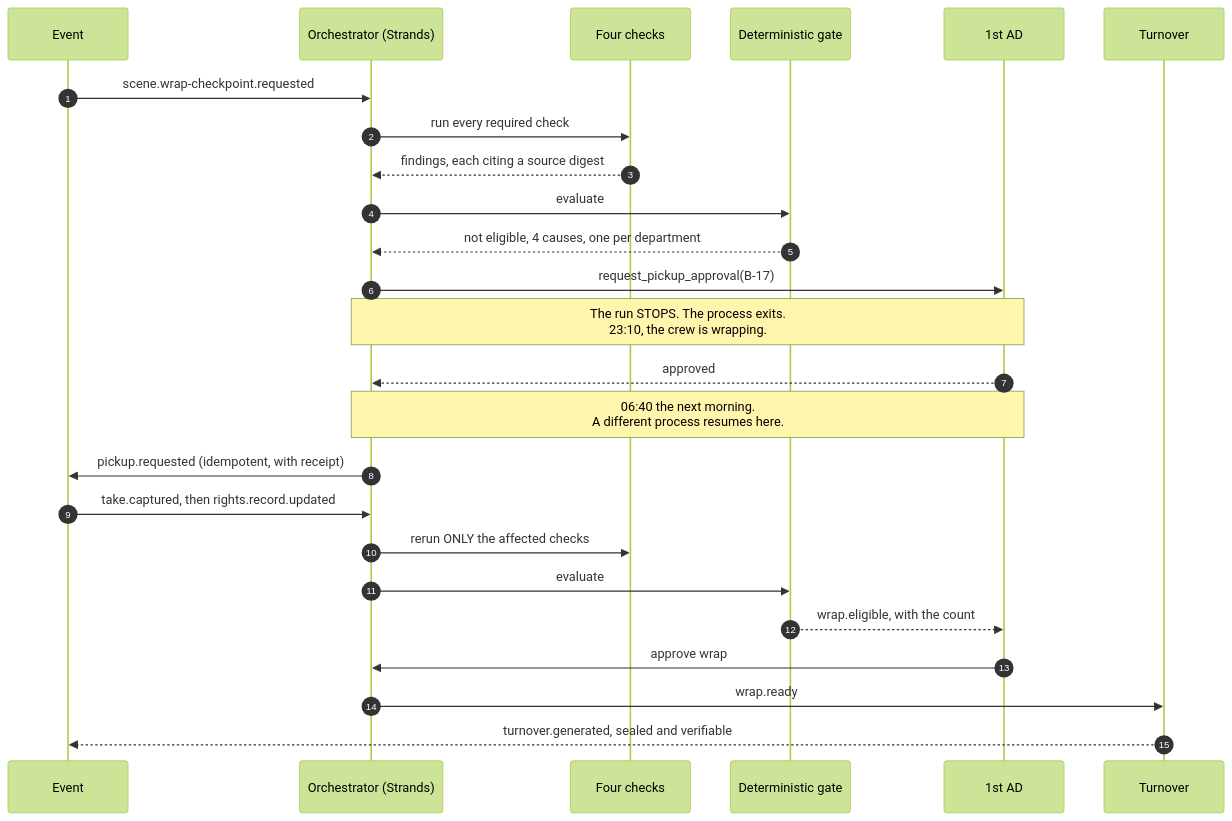
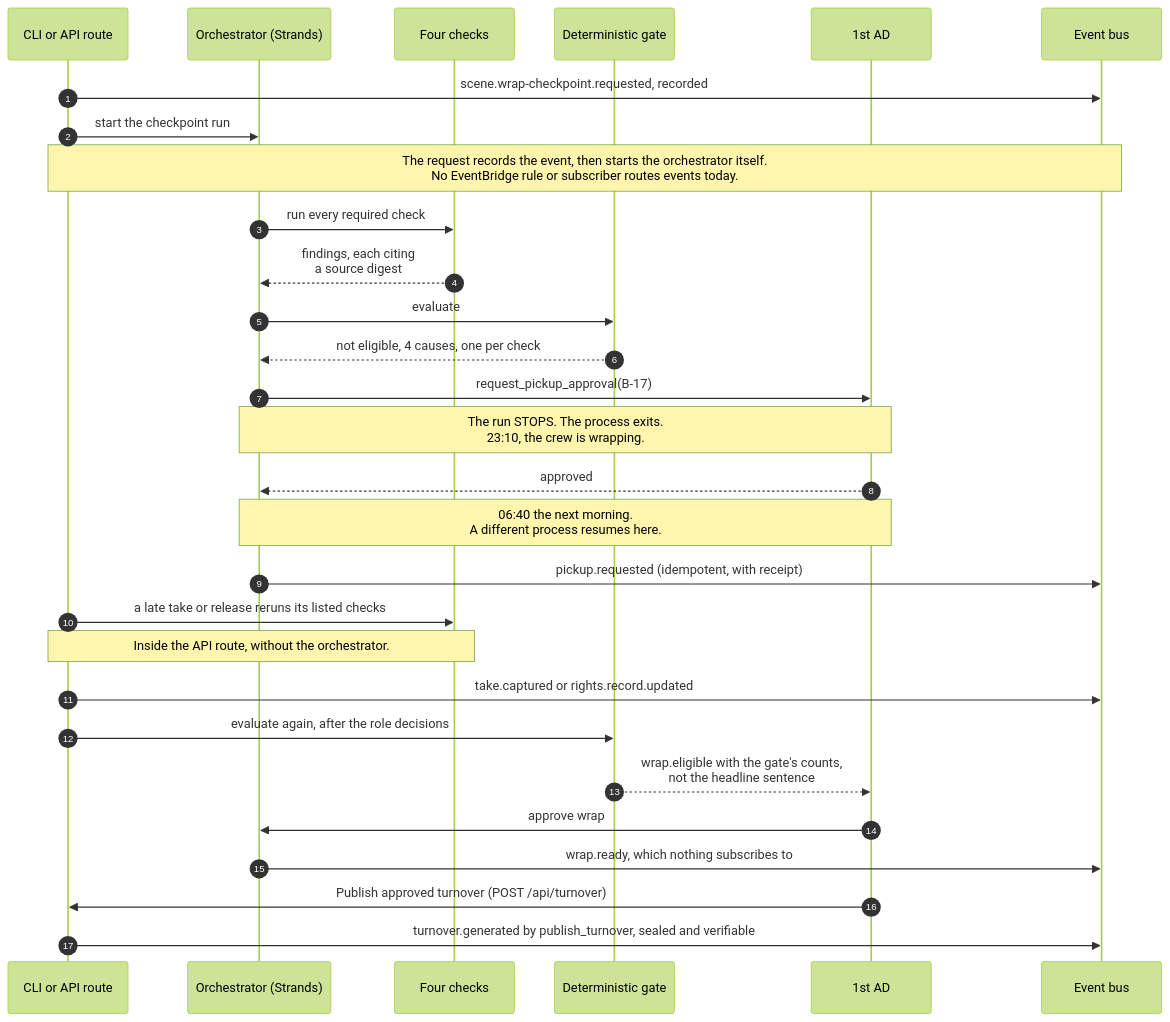
Before and after one commit to upgradedev/lasttake-aws: the first of 2 diagrams in README.md, drawn with Mermaid (forest theme). The commit also changed other lines of this file and 11 other files, not shown here.

````diff
--- a/README.md
+++ b/README.md
@@ -384,28 +48,32 @@
 ```mermaid
 sequenceDiagram
     autonumber
-    participant EV as Event
+    participant RQ as CLI or API route
     participant OR as Orchestrator (Strands)
     participant CK as Four checks
     participant GA as Deterministic gate
     participant AD as 1st AD
-    participant TU as Turnover
+    participant EV as Event bus
 
-    EV->>OR: scene.wrap-checkpoint.requested
+    RQ->>EV: scene.wrap-checkpoint.requested, recorded
+    RQ->>OR: start the checkpoint run
+    Note over RQ,EV: The request records the event, then starts the orchestrator itself.<br/>No EventBridge rule or subscriber routes events today.
     OR->>CK: run every required check
-    CK-->>OR: findings, each citing a source digest
+    CK-->>OR: findings, each citing<br/>a source digest
     OR->>GA: evaluate
-    GA-->>OR: not eligible, 4 causes, one per department
+    GA-->>OR: not eligible, 4 causes, one per check
     OR->>AD: request_pickup_approval(B-17)
     Note over OR,AD: The run STOPS. The process exits.<br/>23:10, the crew is wrapping.
     AD-->>OR: approved
     Note over OR,AD: 06:40 the next morning.<br/>A different process resumes here.
     OR->>EV: pickup.requested (idempotent, with receipt)
-    EV->>OR: take.captured, then rights.record.updated
-    OR->>CK: rerun ONLY the affected checks
-    OR->>GA: evaluate
-    GA-->>AD: wrap.eligible, with the count
+    RQ->>CK: a late take or release reruns its listed checks
+    Note over RQ,CK: Inside the API route, without the orchestrator.
+    RQ->>EV: take.captured or rights.record.updated
+    RQ->>GA: evaluate again, after the role decisions
+    GA-->>AD: wrap.eligible with the gate's counts,<br/>not the headline sentence
     AD->>OR: approve wrap
-    OR->>TU: wrap.ready
-    TU-->>EV: turnover.generated, sealed and verifiable
+    OR->>EV: wrap.ready, which nothing subscribes to
+    AD->>RQ: Publish approved turnover (POST /api/turnover)
+    RQ->>EV: turnover.generated by publish_turnover, sealed and verifiable
 ```
````
